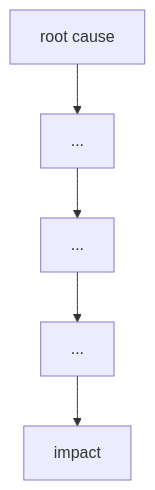
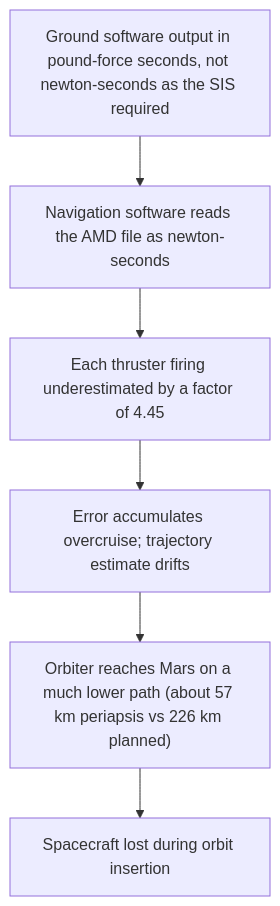
One commit to bousocheat16-source/clubhub-longblackcoffee changed the diagram in lab01/failure-case-analysis.md. Above: the diagram before and after it, drawn with Mermaid. The commit also changed other lines of this file, not shown here.

Commit message:
Added the what failed section

````diff
--- a/lab01/failure-case-analysis.md
+++ b/lab01/failure-case-analysis.md
@@ -20,7 +20,8 @@
 ```mermaid
 flowchart TD
-  A["root cause"] --> B["..."]
-  B --> C["..."]
-  C --> D["..."]
-  D --> E["impact"]
+  A["Ground software output in pound-force seconds, not newton-seconds as the SIS required"] --> B["Navigation software reads the AMD file as newton-seconds"]
+  B --> C["Each thruster firing underestimated by a factor of 4.45"]
+  C --> D["Error accumulates overcruise; trajectory estimate drifts"]
+  D --> E["Orbiter reaches Mars on a much lower path (about 57 km periapsis vs 226 km planned)"]
+  E --> F["Spacecraft lost during orbit insertion"]
 ```
````
